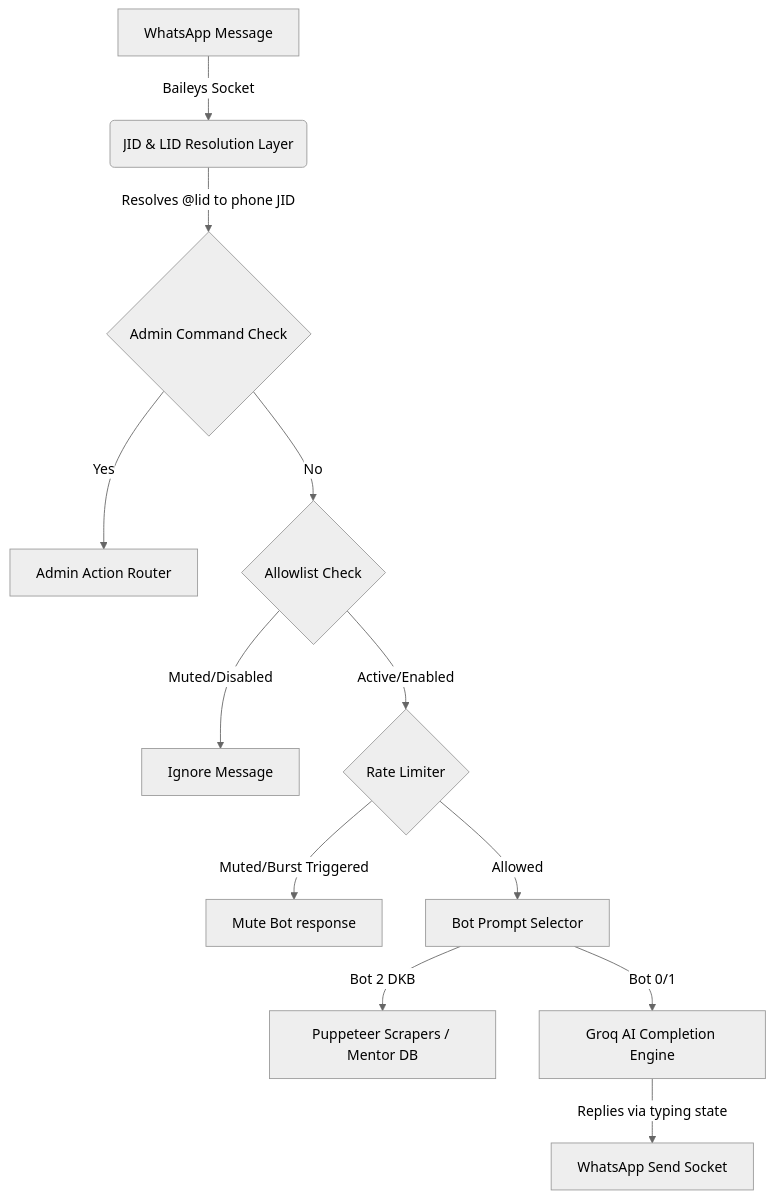
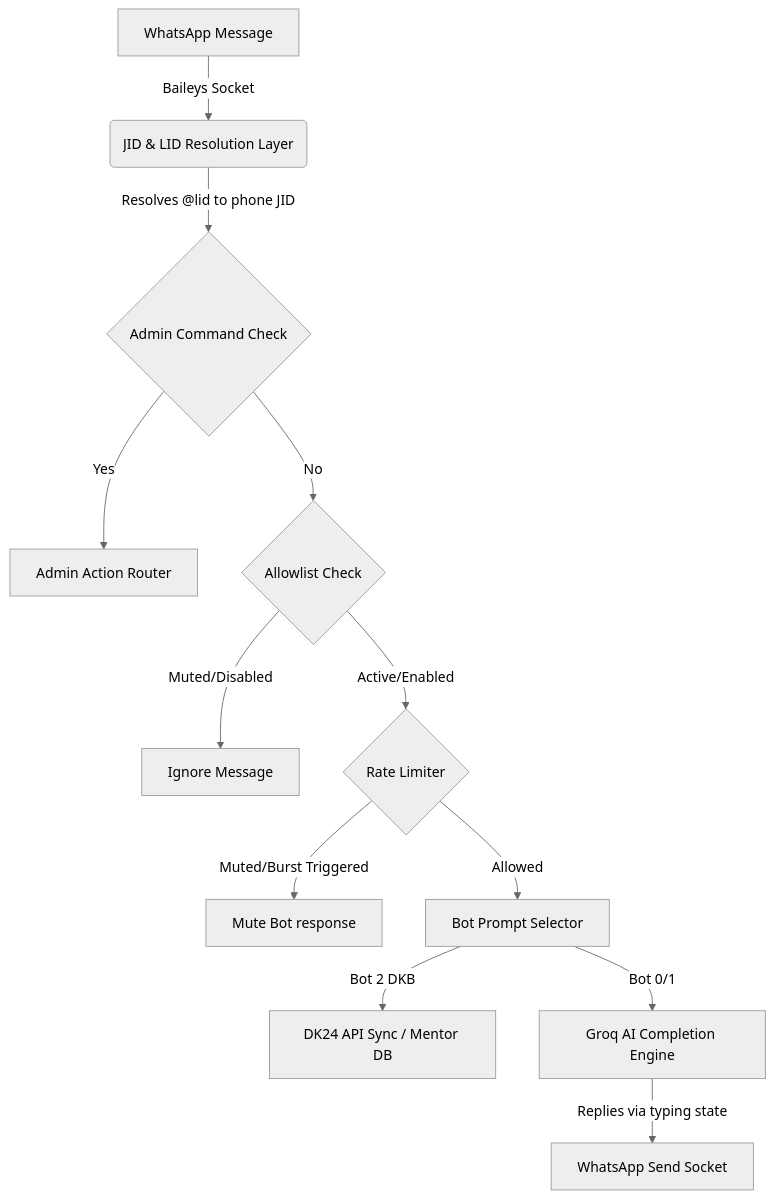
One commit to Dinaltium/Whatsapp-bot changed the diagram in README.md. Above: the diagram before and after it, drawn with Mermaid (neutral theme). The commit also changed other lines of this file and 4 other files, not shown here.

````diff
--- a/README.md
+++ b/README.md
@@ -81,14 +81,14 @@
 ```mermaid
 graph TD
     A[WhatsApp Message] -->|Baileys Socket| B(JID & LID Resolution Layer)
     B -->|Resolves @lid to phone JID| C{Admin Command Check}
     C -->|Yes| D[Admin Action Router]
     C -->|No| E{Allowlist Check}
     E -->|Muted/Disabled| F[Ignore Message]
     E -->|Active/Enabled| G{Rate Limiter}
     G -->|Muted/Burst Triggered| H[Mute Bot response]
     G -->|Allowed| I[Bot Prompt Selector]
-    I -->|Bot 2 DKB| J[Puppeteer Scrapers / Mentor DB]
+    I -->|Bot 2 DKB| J[DK24 API Sync / Mentor DB]
     I -->|Bot 0/1| K[Groq AI Completion Engine]
     K -->|Replies via typing state| L[WhatsApp Send Socket]
 ```
````
